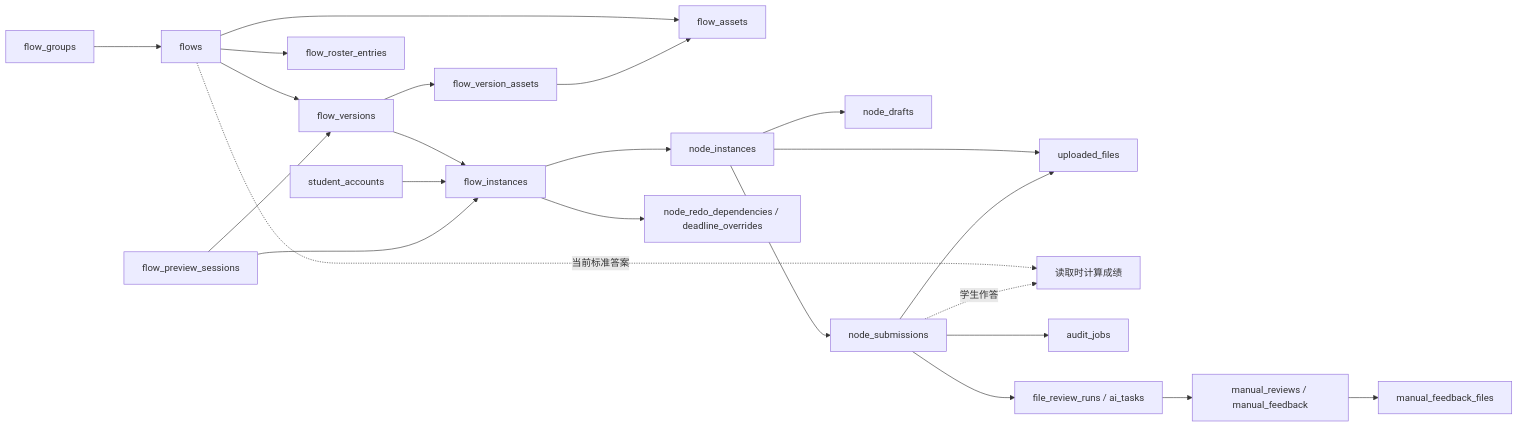
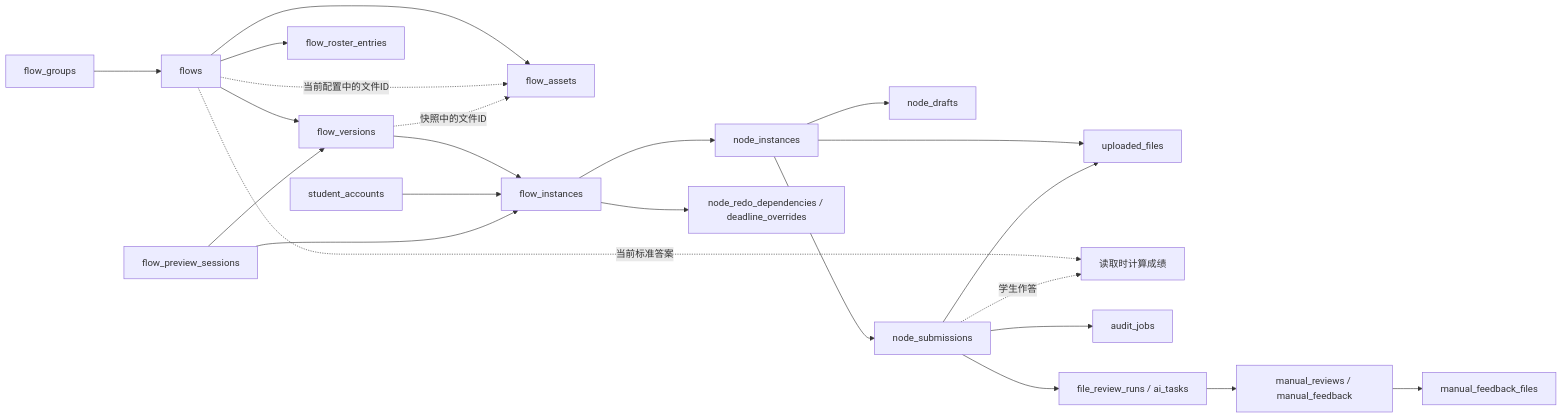
One commit to layerism/moyin changed the diagram in docs/database-table-consolidation-audit.md. Above: the diagram before and after it, drawn with Mermaid. The commit also changed other lines of this file and 20 other files, not shown here.

Commit message:
refactor: resolve flow assets directly from configuration

````diff
--- a/docs/database-table-consolidation-audit.md
+++ b/docs/database-table-consolidation-audit.md
@@ -210,25 +213,25 @@
 ```mermaid
 flowchart LR
     G[flow_groups] --> F[flows]
     F --> V[flow_versions]
     F --> R[flow_roster_entries]
     F --> A[flow_assets]
-    V --> VA[flow_version_assets]
-    VA --> A
+    F -. 当前配置中的文件ID .-> A
+    V -. 快照中的文件ID .-> A
     V --> I[flow_instances]
     SA[student_accounts] --> I
     I --> N[node_instances]
     I --> X[node_redo_dependencies / deadline_overrides]
     N --> D[node_drafts]
     N --> S[node_submissions]
     N --> U[uploaded_files]
     S --> U
     F -. 当前标准答案 .-> GR[读取时计算成绩]
     S -. 学生作答 .-> GR
     S --> J[audit_jobs]
     S --> FR[file_review_runs / ai_tasks]
     FR --> MF[manual_reviews / manual_feedback]
     MF --> FF[manual_feedback_files]
     P[flow_preview_sessions] --> V
     P --> I
 ```
````
